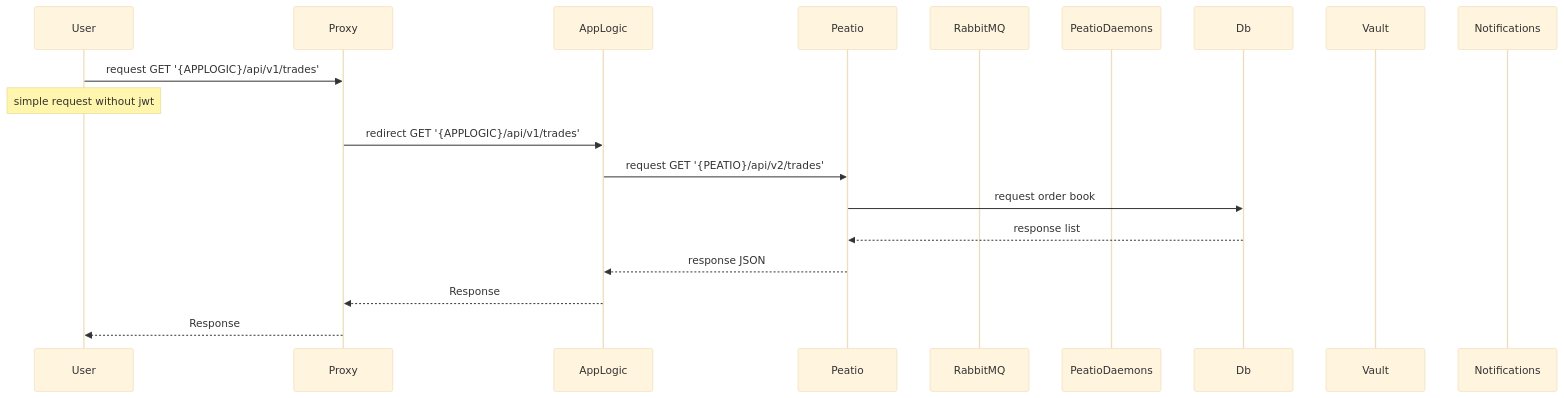
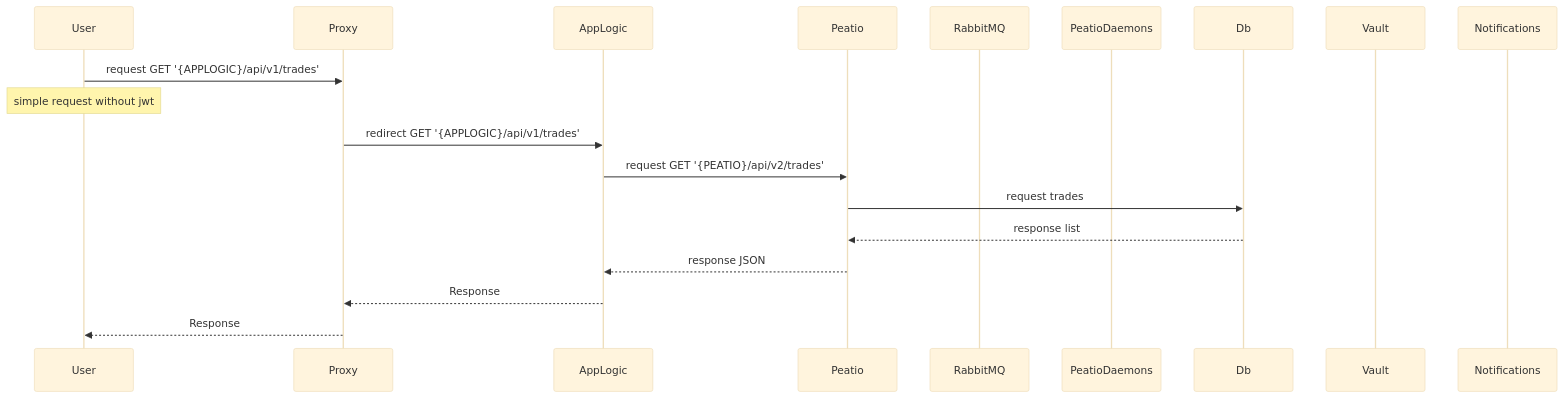
One commit to sergii-savchenko/rkcp_arch changed the sixth of 8 diagrams in content/3.020.opendata.md. Above: the diagram before and after it, drawn with Mermaid (base theme). The commit also changed 2 other files, not shown here.

Commit message:
finish dfd

````diff
--- a/content/3.020.opendata.md
+++ b/content/3.020.opendata.md
@@ -136,23 +136,23 @@
 ```mermaid
 sequenceDiagram
     participant User
     participant Proxy
     participant AppLogic
     participant Peatio
     participant RabbitMQ
     participant PeatioDaemons
     participant Db
     participant Vault
     participant Notifications
 
     User->>Proxy: request GET '{APPLOGIC}/api/v1/trades'
     Note over User: simple request without jwt
     Proxy->>AppLogic: redirect GET '{APPLOGIC}/api/v1/trades'
     AppLogic->>Peatio: request GET '{PEATIO}/api/v2/trades'
-    Peatio->>Db: request order book
+    Peatio->>Db: request trades
     Db-->>Peatio: response list
     Peatio-->>AppLogic: response JSON
 
     AppLogic-->>Proxy: Response
     Proxy-->>User: Response
 ```
````
